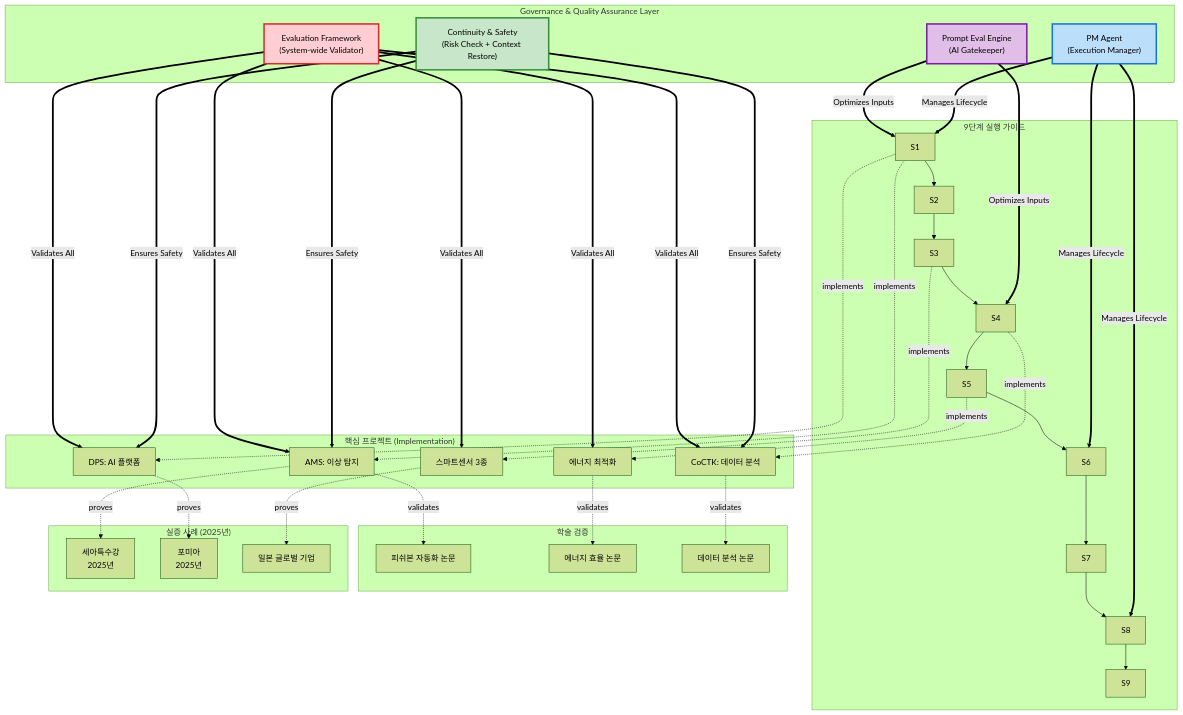
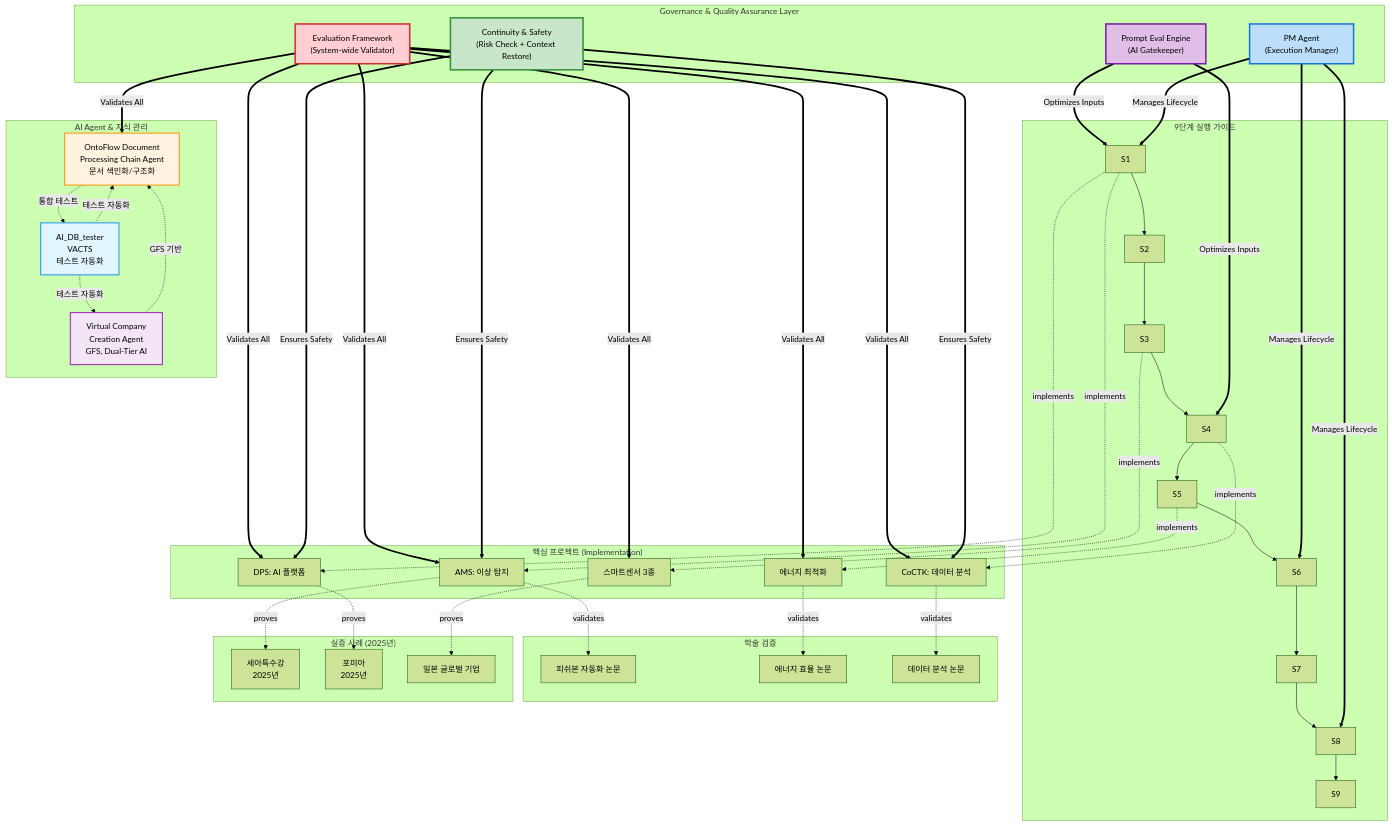
One commit to moobaek/Testing_AI_agents_for_public_use changed the first of 12 diagrams in portfolio/portfolio_docs/00_Relationship_Map.md. Above: the diagram before and after it, drawn with Mermaid (forest theme). The commit also changed other lines of this file and 20 other files, not shown here.

````diff
--- a/portfolio/portfolio_docs/00_Relationship_Map.md
+++ b/portfolio/portfolio_docs/00_Relationship_Map.md
@@ -12,60 +12,75 @@
 ```mermaid
 graph TB
     subgraph "Governance & Quality Assurance Layer"
         EVAL["Evaluation Framework<br/>(System-wide Validator)"]
         PROMPT["Prompt Eval Engine<br/>(AI Gatekeeper)"]
         PM["PM Agent<br/>(Execution Manager)"]
         SAFE["Continuity & Safety<br/>(Risk Check + Context Restore)"]
     end
 
     subgraph "9단계 실행 가이드"
         S1 --> S2 --> S3 --> S4 --> S5
         S5 --> S6 --> S7 --> S8 --> S9
     end
     
     subgraph "핵심 프로젝트 (Implementation)"
         AMS["AMS: 이상 탐지"]
         DPS["DPS: AI 플랫폼"]
         CoCTK["CoCTK: 데이터 분석"]
         SENSOR["스마트센서 3종"]
         ENERGY["에너지 최적화"]
     end
     
+    subgraph "AI Agent & 지식 관리"
+        ONTOFLOW["OntoFlow Document<br/>Processing Chain Agent<br/>문서 색인화/구조화"]
+        AI_DB_TESTER["AI_DB_tester<br/>VACTS<br/>테스트 자동화"]
+        VIRTUAL_COMPANY["Virtual Company<br/>Creation Agent<br/>GFS, Dual-Tier AI"]
+    end
+    
     subgraph "학술 검증"
         P1["피쉬본 자동화 논문"]
         P2["에너지 효율 논문"]
         P3["데이터 분석 논문"]
     end
     
     subgraph "실증 사례 (2025년)"
         T1["세아특수강<br/>2025년"]
         T2["포미아<br/>2025년"]
         T3["일본 글로벌 기업"]
     end
     
     %% Governance Relations - The Overseers
-    EVAL == "Validates All" ==> AMS & DPS & CoCTK & SENSOR & ENERGY
+    EVAL == "Validates All" ==> AMS & DPS & CoCTK & SENSOR & ENERGY & ONTOFLOW
     PROMPT == "Optimizes Inputs" ==> S1 & S4
     PM == "Manages Lifecycle" ==> S1 & S6 & S8
     SAFE == "Ensures Safety" ==> AMS & DPS & CoCTK
+    
+    %% AI Agent Relations
+    ONTOFLOW -. "통합 테스트" .-> AI_DB_TESTER
+    AI_DB_TESTER -. "테스트 자동화" .-> ONTOFLOW
+    AI_DB_TESTER -. "테스트 자동화" .-> VIRTUAL_COMPANY
+    VIRTUAL_COMPANY -. "GFS 기반" .-> ONTOFLOW
     
     %% Standard Project Relations
     S1 -. "implements" .-> AMS
     S1 -. "implements" .-> DPS
     S3 -. "implements" .-> SENSOR
     S4 -. "implements" .-> CoCTK
     S5 -. "implements" .-> ENERGY
     
     AMS -. "validates" .-> P1
     ENERGY -. "validates" .-> P2
     CoCTK -. "validates" .-> P3
     
     AMS -. "proves" .-> T1
     DPS -. "proves" .-> T2
     SENSOR -. "proves" .-> T3
     
     style EVAL fill:#ffcdd2,stroke:#d32f2f,stroke-width:3px
     style PROMPT fill:#e1bee7,stroke:#7b1fa2,stroke-width:3px
     style PM fill:#bbdefb,stroke:#1976d2,stroke-width:3px
     style SAFE fill:#c8e6c9,stroke:#388e3c,stroke-width:3px
+    style ONTOFLOW fill:#fff3e0,stroke:#ff9800,stroke-width:2px
+    style AI_DB_TESTER fill:#e1f5ff,stroke:#2196f3,stroke-width:2px
+    style VIRTUAL_COMPANY fill:#f3e5f5,stroke:#9c27b0,stroke-width:2px
 ```
````
